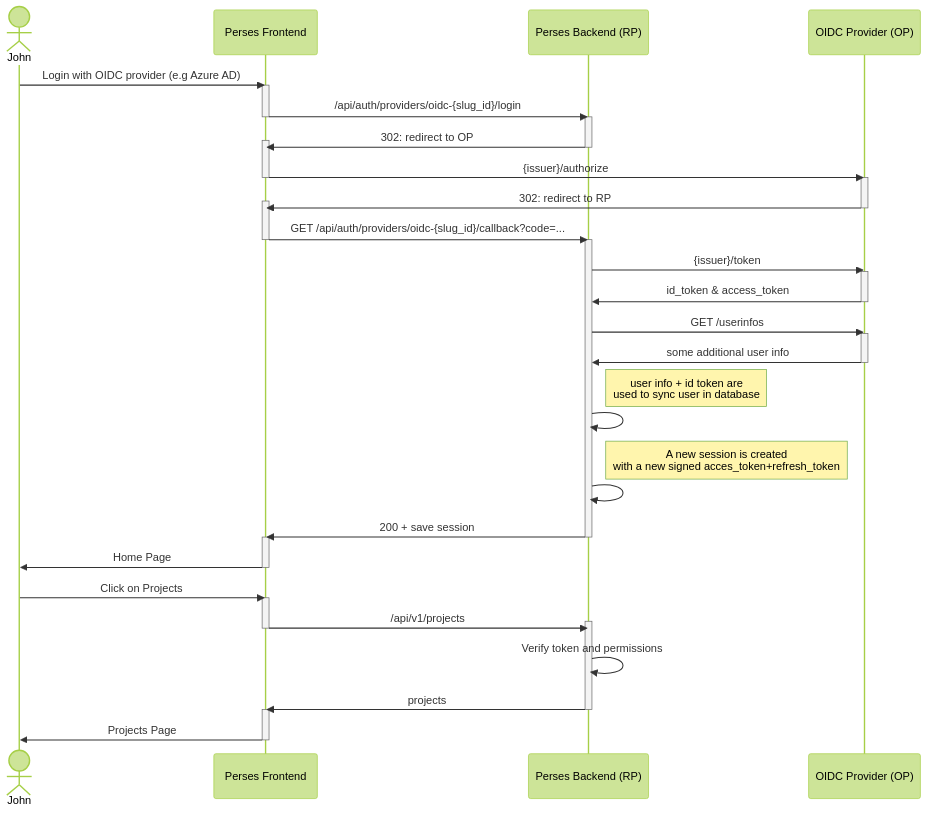
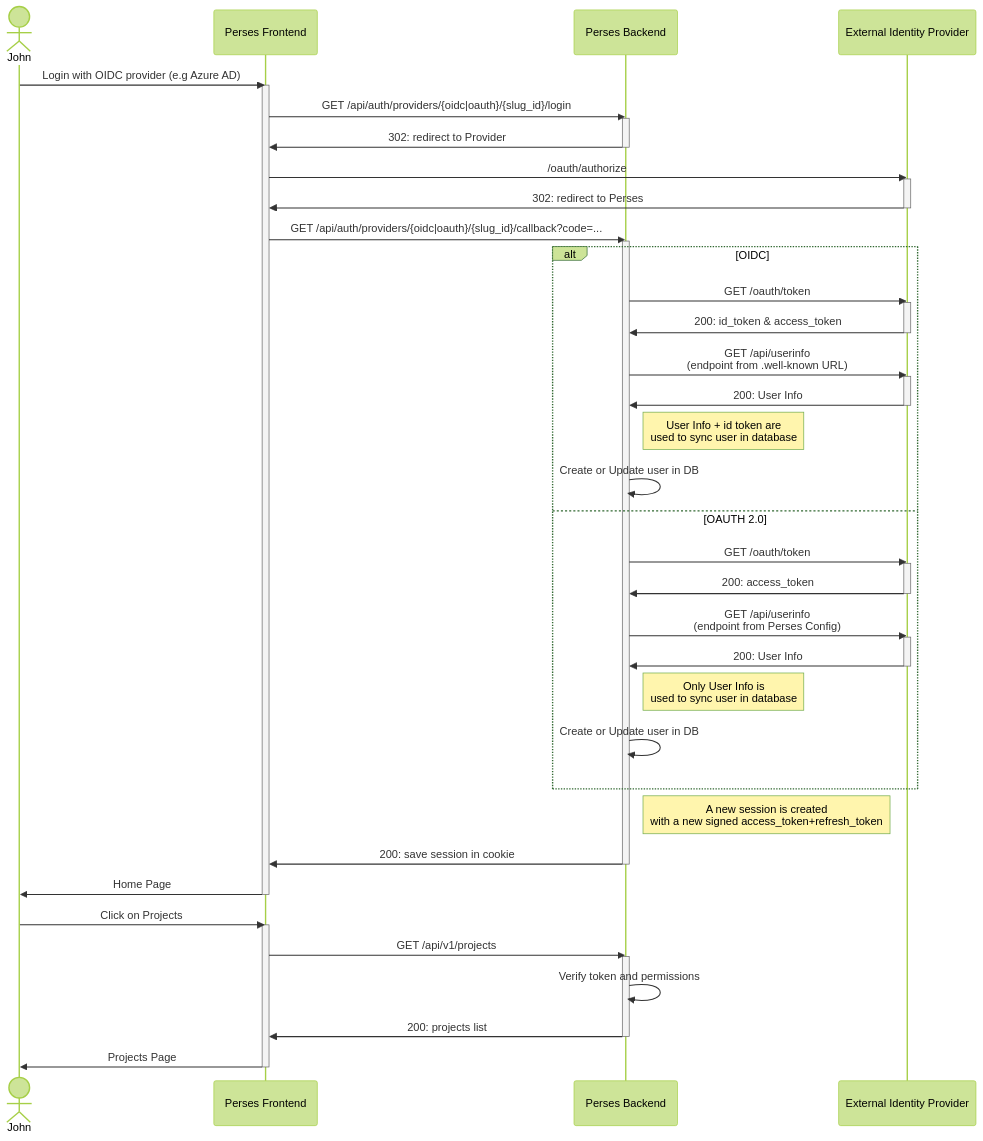
Before and after one commit to perses/perses: the first of 2 diagrams in docs/design-docs/authentication.md, drawn with Mermaid (forest theme). The commit also changed other lines of this file, not shown here.

Commit message:
[DOC] Design Device code authentication flow

````diff
--- a/docs/design-docs/authentication.md
+++ b/docs/design-docs/authentication.md
@@ -69,54 +70,58 @@
 ```mermaid    
 sequenceDiagram
     actor hu as John
     #actor ro as Robot
     participant br as Perses Frontend
-    participant rp as Perses Backend (RP)
-    participant op as OIDC Provider (OP)
+    participant rp as Perses Backend
+    participant op as External Identity Provider
     
     hu->>br: Login with OIDC provider (e.g Azure AD)
     activate br
-    br->>rp: /api/auth/providers/oidc-{slug_id}/login
-    deactivate br
+    br->>rp: GET /api/auth/providers/{oidc|oauth}/{slug_id}/login
     activate rp
-    rp->>br: 302: redirect to OP
-    activate br
+    rp->>br: 302: redirect to Provider
     deactivate rp
-    br->>op: {issuer}/authorize
-    deactivate br
+    br->>op: /oauth/authorize
     activate op
-    op->>br: 302: redirect to RP
-    activate br
+    op->>br: 302: redirect to Perses
     deactivate op
-    br->>rp: GET /api/auth/providers/oidc-{slug_id}/callback?code=...
-    deactivate br
+    br->>rp: GET /api/auth/providers/{oidc|oauth}/{slug_id}/callback?code=...
     activate rp
-    rp->>op: {issuer}/token
-    activate op
-    op->>rp: id_token & access_token
-    deactivate op
-    rp->>op: GET /userinfos
-    activate op
-    op->>rp: some additional user info
-    deactivate op
-    Note right of rp: user info + id token are<br/> used to sync user in database
-    rp->>rp: 
-    Note right of rp: A new session is created<br /> with a new signed acces_token+refresh_token
-    rp->>rp: 
-    rp->>br: 200 + save session
+    alt OIDC
+        rp->>op: GET /oauth/token
+        activate op
+        op->>rp: 200: id_token & access_token
+        deactivate op
+        rp->>op: GET /api/userinfo<br/> (endpoint from .well-known URL)
+        activate op
+        op->>rp: 200: User Info
+        deactivate op
+        Note right of rp: User Info + id token are<br/> used to sync user in database
+        rp->>rp: Create or Update user in DB
+    else OAUTH 2.0
+        rp->>op: GET /oauth/token
+        activate op
+        op->>rp: 200: access_token
+        deactivate op
+        rp->>op: GET /api/userinfo<br/> (endpoint from Perses Config)
+        activate op
+        op->>rp: 200: User Info
+        deactivate op
+        Note right of rp: Only User Info is<br/> used to sync user in database
+        rp->>rp: Create or Update user in DB
+    end
+    Note right of rp: A new session is created<br /> with a new signed access_token+refresh_token
+    rp->>br: 200: save session in cookie
     deactivate rp
-    activate br
     br->>hu: Home Page
     deactivate br
     hu->>br: Click on Projects
     activate br
-    br->>rp: /api/v1/projects
+    br->>rp: GET /api/v1/projects
     activate rp
-    deactivate br
     rp->>rp: Verify token and permissions
-    rp->>br: projects
+    rp->>br: 200: projects list
     deactivate rp
-    activate br
     br->>hu: Projects Page
     deactivate br
 ```
````
